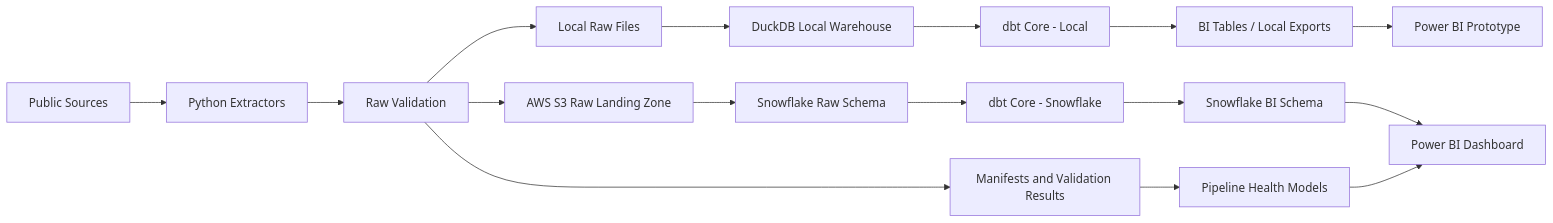
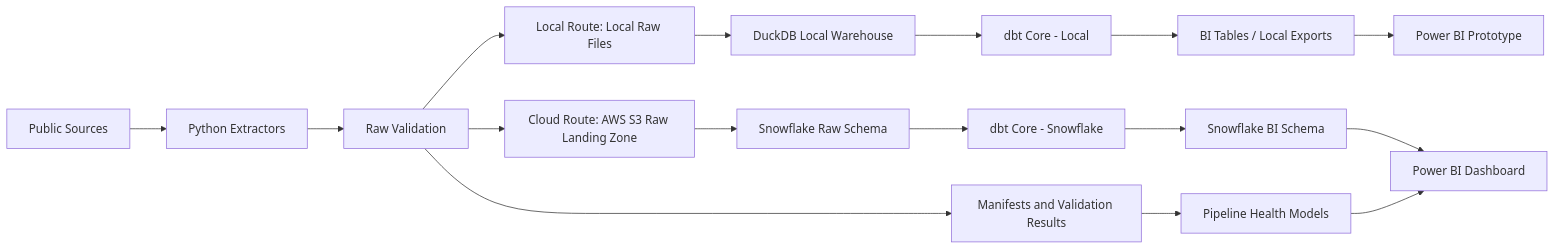
One commit to stevennitesh/small-business-lending-pipeline changed the diagram in README.md. Above: the diagram before and after it, drawn with Mermaid. The commit also changed other lines of this file and 8 other files, not shown here.

Commit message:
Define local and cloud pipeline routes

````diff
--- a/README.md
+++ b/README.md
@@ -25,18 +25,18 @@
 ```mermaid
 flowchart LR
     A[Public Sources] --> B[Python Extractors]
     B --> C[Raw Validation]
-    C --> D[Local Raw Files]
-    C --> E[AWS S3 Raw Landing Zone]
+    C --> D[Local Route: Local Raw Files]
+    C --> E[Cloud Route: AWS S3 Raw Landing Zone]
     D --> F[DuckDB Local Warehouse]
     E --> G[Snowflake Raw Schema]
     F --> H[dbt Core - Local]
     G --> I[dbt Core - Snowflake]
     H --> J[BI Tables / Local Exports]
     I --> K[Snowflake BI Schema]
     J --> L[Power BI Prototype]
     K --> M[Power BI Dashboard]
     C --> N[Manifests and Validation Results]
     N --> O[Pipeline Health Models]
     O --> M
 ```
````
